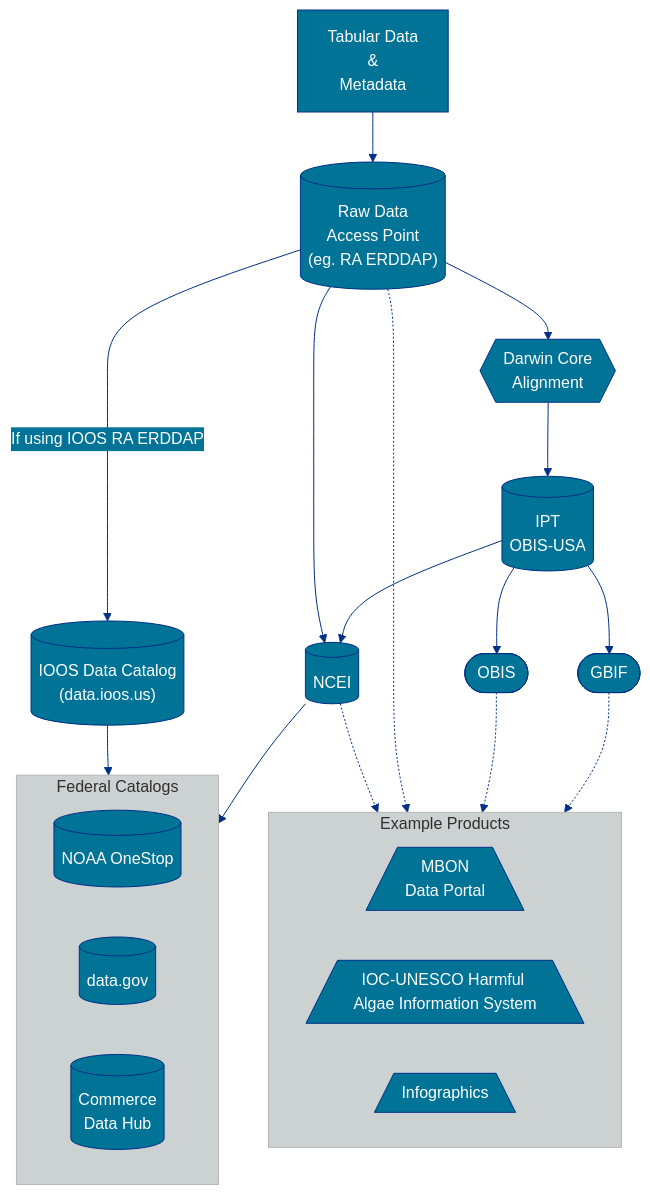
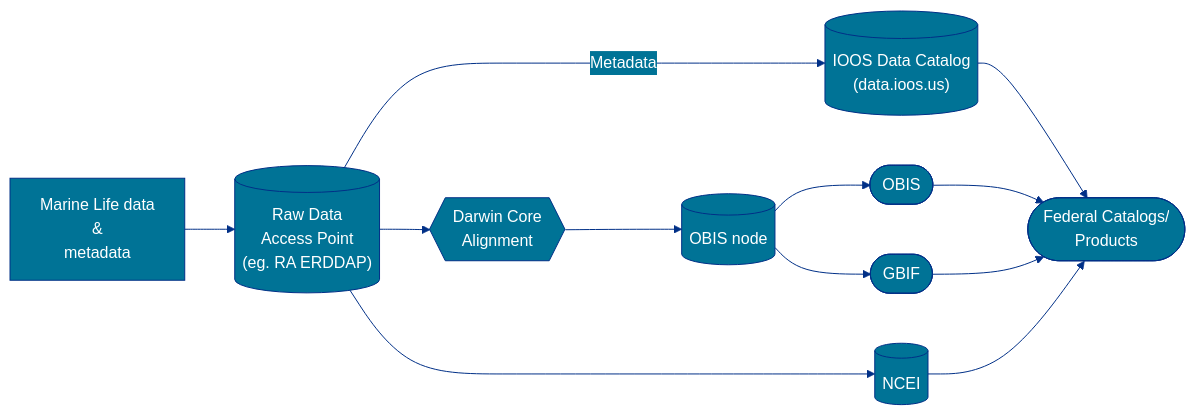
The diagram in _docs/mldn-data-flow.md (ioos/marine_life_data_network), drawn with Mermaid before and after one commit. The commit also changed other lines of this file, not shown here.

Commit message:
Update mldn-data-flow.md
replacing flowchart with simplified diagram from https://github.com/ioos/marine_life_data_network/issues/8#issuecomment-2265380376

````diff
--- a/_docs/mldn-data-flow.md
+++ b/_docs/mldn-data-flow.md
@@ -13,4 +12,5 @@
-<div class="mermaid">
+```mermaid
+
 %%{
   init: {
     'theme': 'base',
@@ -26,11 +26,11 @@
   }
 }%%
 
-flowchart TD
+flowchart LR
 
-A["Tabular Data 
+A["Marine Life data 
 & 
-Metadata"] 
+metadata"] 
 
 B[("Raw Data 
 Access Point
@@ -41,11 +41,7 @@
 
 D[(NCEI)]
 
-E[("IPT
-OBIS-USA")]
-
-F[/"MBON 
-Data Portal"\]
+E[("OBIS node")]
 
 G([OBIS])
 
@@ -54,52 +50,24 @@
 I[("IOOS Data Catalog
 (data.ioos.us)")]
 
-J[(NOAA OneStop)]
+FC(["Federal Catalogs/
+Products"])
 
-K[(data.gov)]
-
-L[("Commerce
-Data Hub")]
-
-M[/"IOC-UNESCO Harmful Algae Information System"\]
-
-N[/"Infographics"\]
 
 A --> B
+B -- Metadata --> I
 B --> C
-E --> D
 B --> D
+
 C --> E
 E --> G
 E --> H
-B -- If using IOOS RA ERDDAP --> I
+
+I --> FC
+
+G --> FC
+H --> FC
+
 
 D --> FC
-I --> FC
-
-H .-> EP
-G .-> EP
-B .-> EP
-D .-> EP
-
-
-subgraph EP [Example Products]
-M
-N
-F
-end
-
-subgraph FC [Federal Catalogs]
-J
-K
-L
-end
-
-click D "https://www.ncei.noaa.gov" "NCEI" _blank
-click F "https://mbon.ioos.us" "MBON" _blank
-click G "https://obis.org" "OBIS" _blank
-click H "https://gbif.org" "GBIF" _blank
-click I "https://data.ioos.us" "IOOS Catalog" _blank
-click J "https://data.noaa.gov/onestop/" "NOAA OneStop" _blank
-click K "https://data.gov" "data.gov" _blank
-</div>
+```
````
